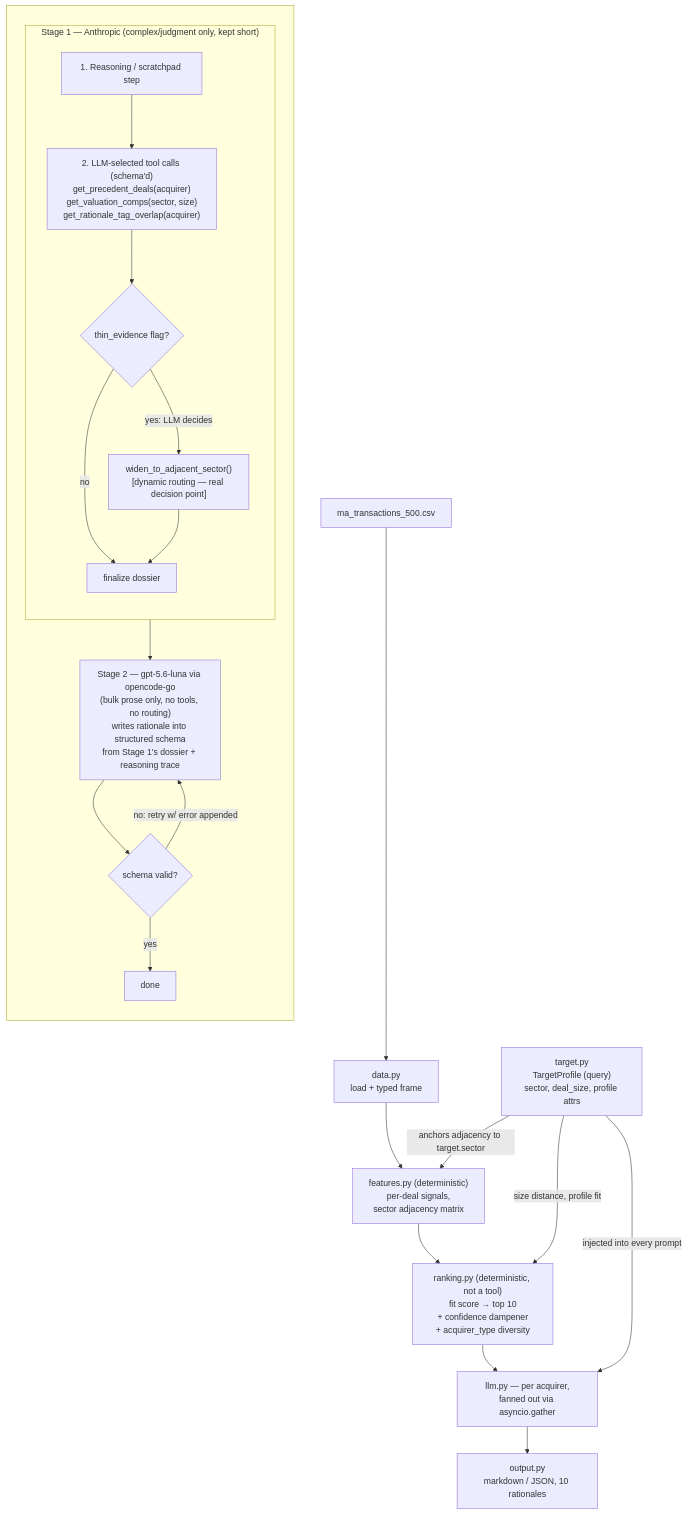
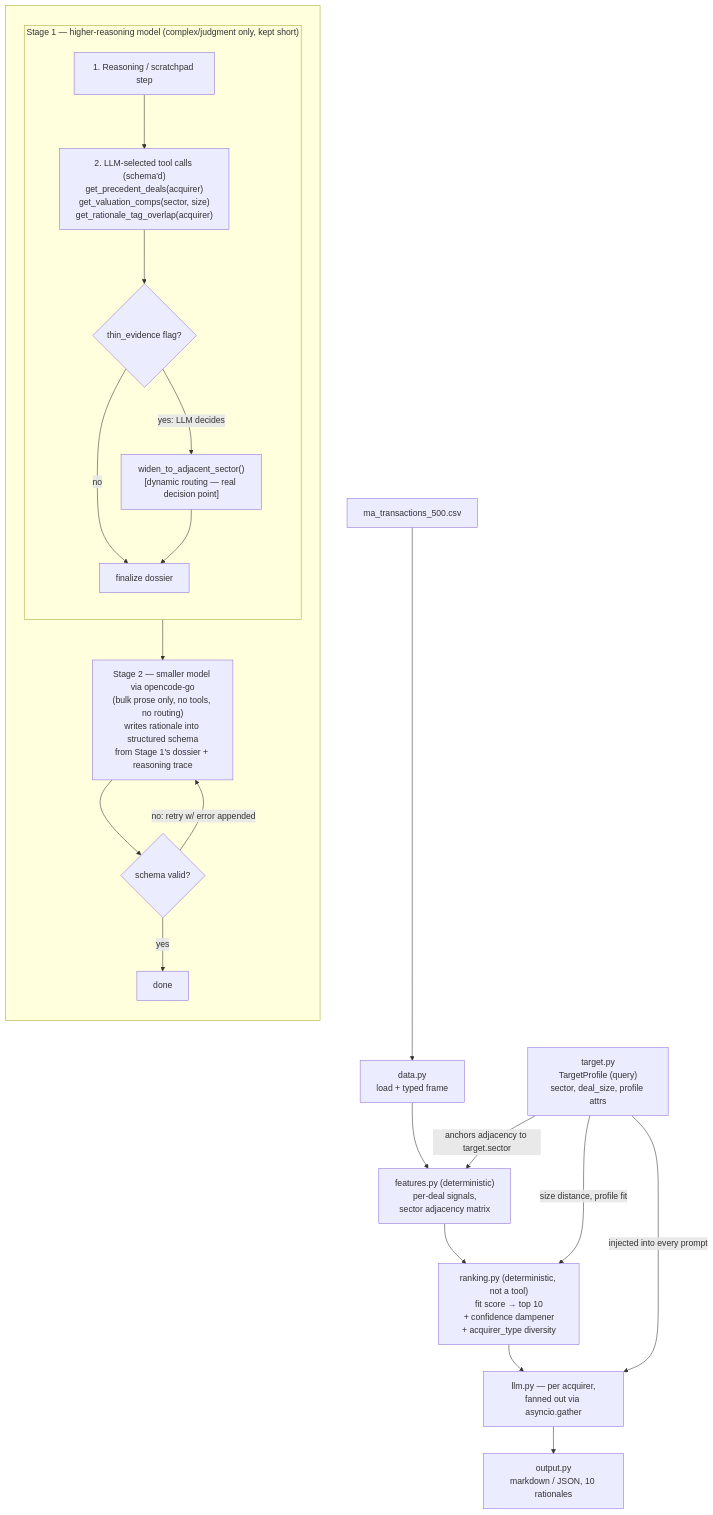
The diagram in docs/architecture.md (pnkjsyngh/ma-acquirer-identification-engine), drawn with Mermaid before and after one commit. The commit also changed other lines of this file and 3 other files, not shown here.

````diff
--- a/docs/architecture.md
+++ b/docs/architecture.md
@@ -5,33 +5,33 @@
 ```mermaid
 flowchart TD
     CSV["ma_transactions_500.csv"] --> DATA["data.py<br/>load + typed frame"]
     TARGET["target.py<br/>TargetProfile (query)<br/>sector, deal_size, profile attrs"]
 
     DATA --> FEATURES["features.py (deterministic)<br/>per-deal signals,<br/>sector adjacency matrix"]
     TARGET -- "anchors adjacency to target.sector" --> FEATURES
 
     FEATURES --> RANKING["ranking.py (deterministic, not a tool)<br/>fit score → top 10<br/>+ confidence dampener<br/>+ acquirer_type diversity"]
     TARGET -- "size distance, profile fit" --> RANKING
 
     RANKING --> LLM["llm.py — per acquirer,<br/>fanned out via asyncio.gather"]
     TARGET -- "injected into every prompt" --> LLM
 
     subgraph LLM_INNER [" "]
         direction TB
-        subgraph STAGE1 ["Stage 1 — Anthropic (complex/judgment only, kept short)"]
+        subgraph STAGE1 ["Stage 1 — higher-reasoning model (complex/judgment only, kept short)"]
             direction TB
             R1["1. Reasoning / scratchpad step"] --> R2
             R2["2. LLM-selected tool calls (schema'd)<br/>get_precedent_deals(acquirer)<br/>get_valuation_comps(sector, size)<br/>get_rationale_tag_overlap(acquirer)"] --> R3
             R3{"thin_evidence flag?"}
             R3 -- "yes: LLM decides" --> R4["widen_to_adjacent_sector()<br/>[dynamic routing — real decision point]"]
             R3 -- "no" --> R4B["finalize dossier"]
             R4 --> R4B
         end
-        R4B --> S2["Stage 2 — gpt-5.6-luna via opencode-go<br/>(bulk prose only, no tools, no routing)<br/>writes rationale into structured schema<br/>from Stage 1's dossier + reasoning trace"]
+        R4B --> S2["Stage 2 — smaller model via opencode-go<br/>(bulk prose only, no tools, no routing)<br/>writes rationale into structured schema<br/>from Stage 1's dossier + reasoning trace"]
         S2 --> R6{"schema valid?"}
         R6 -- "no: retry w/ error appended" --> S2
         R6 -- "yes" --> R7["done"]
     end
 
     LLM --> OUTPUT["output.py<br/>markdown / JSON, 10 rationales"]
 ```
````
